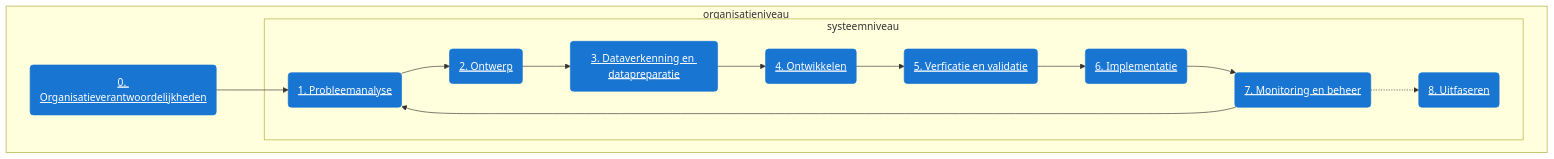
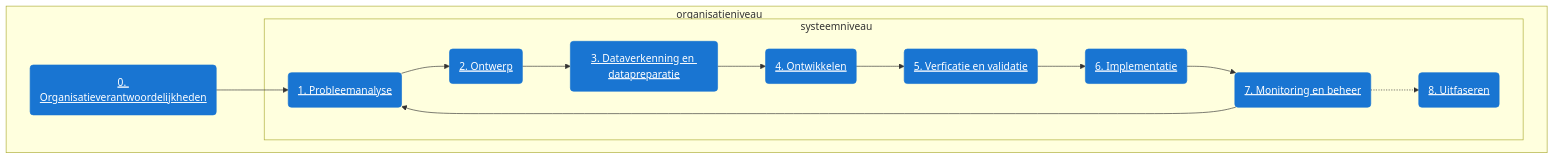
One commit to MinBZK/Algoritmekader changed the diagram in docs/levenscyclus/index.md. Above: the diagram before and after it, drawn with Mermaid.

````diff
--- a/docs/levenscyclus/index.md
+++ b/docs/levenscyclus/index.md
@@ -42,40 +42,40 @@
 ```mermaid
 
   flowchart TD
-      subgraph organisatieniveau [organisatieniveau &nbsp&nbsp&nbsp&nbsp&nbsp&nbsp&nbsp&nbsp&nbsp&nbsp&nbsp&nbsp&nbsp&nbsp&nbsp&nbsp&nbsp&nbsp&nbsp&nbsp&nbsp&nbsp]
+      subgraph organisatieniveau [organisatieniveau &nbsp&nbsp&nbsp&nbsp&nbsp&nbsp&nbsp&nbsp&nbsp&nbsp&nbsp&nbsp&nbsp&nbsp&nbsp&nbsp&nbsp&nbsp&nbsp&nbsp&nbsp&nbsp&nbsp&nbsp&nbsp&nbsp&nbsp&nbsp&nbsp&nbsp&nbsp&nbsp&nbsp&nbsp&nbsp&nbsp&nbsp&nbsp&nbsp&nbsp&nbsp&nbsp]
         0(0. Organisatieverantwoordelijkheden) --> 1(1. Probleemanalyse);
-        subgraph systeemniveau [systeemniveau &nbsp&nbsp&nbsp&nbsp&nbsp&nbsp&nbsp&nbsp&nbsp&nbsp&nbsp&nbsp&nbsp&nbsp&nbsp&nbsp&nbsp&nbsp&nbsp&nbsp&nbsp&nbsp]
+        subgraph systeemniveau [systeemniveau &nbsp&nbsp&nbsp&nbsp&nbsp&nbsp&nbsp&nbsp&nbsp&nbsp&nbsp&nbsp&nbsp&nbsp&nbsp&nbsp&nbsp&nbsp&nbsp&nbsp&nbsp&nbsp&nbsp&nbsp&nbsp&nbsp&nbsp&nbsp&nbsp&nbsp&nbsp&nbsp&nbsp&nbsp&nbsp&nbsp&nbsp&nbsp&nbsp&nbsp&nbsp&nbsp]
           7(7. Monitoring en beheer) --> 1(1. Probleemanalyse);
           1(1. Probleemanalyse) --> 2(2. Ontwerp);
           2(2. Ontwerp) --> 3(3. Dataverkenning en datapreparatie);
           3(3. Dataverkenning en datapreparatie) --> 4(4. Ontwikkelen);
           4(4. Ontwikkelen) --> 5(5. Verficatie en validatie);
           5(5. Verficatie en validatie) --> 6(6. Implementatie);
           6(6. Implementatie) --> 7(7. Monitoring en beheer);
           7(7. Monitoring en beheer) -.-> 8(8. Uitfaseren);
         end
       end
 
       click 0 href "organisatieverantwoordelijkheden"
       click 1 href "probleemanalyse"
       click 2 href "ontwerp"
       click 3 href "dataverkenning-en-datapreparatie"
       click 4 href "ontwikkelen"
       click 5 href "verificatie-en-validatie"
       click 6 href "implementatie"
       click 7 href "monitoring-en-beheer"
       click 8 href "uitfaseren"
 
       style 0 color:#fff, fill:#1975d2, stroke:#1975d2, text-decoration:underline;
       style 1 color:#fff, fill:#1975d2, stroke:#1975d2, text-decoration:underline;
       style 2 color:#fff, fill:#1975d2, stroke:#1975d2, text-decoration:underline;
       style 3 color:#fff, fill:#1975d2, stroke:#1975d2, text-decoration:underline;
       style 4 color:#fff, fill:#1975d2, stroke:#1975d2, text-decoration:underline;
       style 5 color:#fff, fill:#1975d2, stroke:#1975d2, text-decoration:underline;
       style 6 color:#fff, fill:#1975d2, stroke:#1975d2, text-decoration:underline;
       style 7 color:#fff, fill:#1975d2, stroke:#1975d2, text-decoration:underline;
       style 8 color:#fff, fill:#1975d2, stroke:#1975d2, text-decoration:underline;
 
       style organisatieniveau fill:transparant
 
 ```
````
